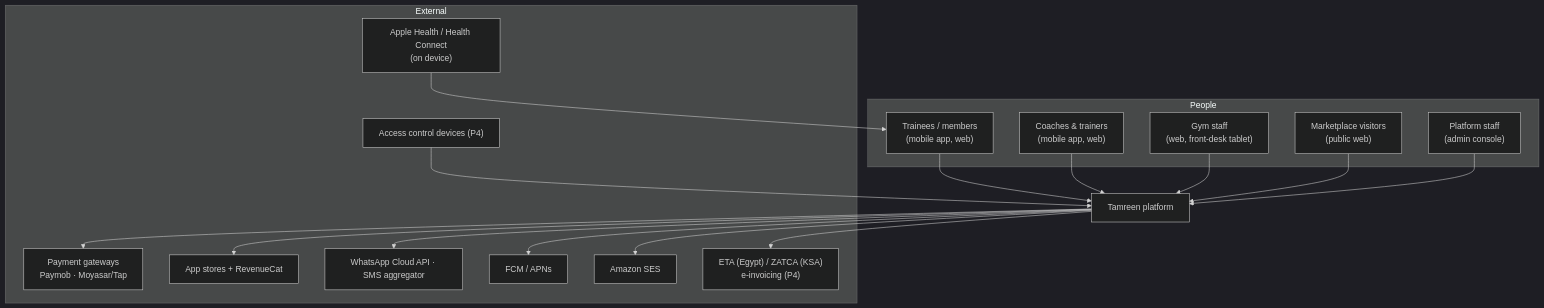
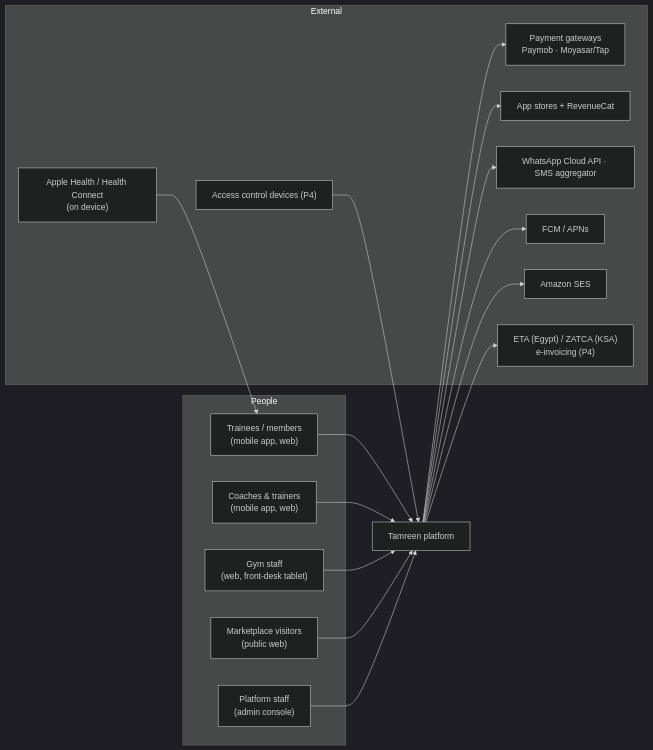
Before and after one commit to abdo-shrief270/muhasebi-egypt: the fourth of 23 diagrams in docs/fitness-platform/TECHNICAL_SYSTEM_ARCHITECTURE.md, drawn with Mermaid (dark theme). The commit also changed other lines of this file and 7 other files, not shown here.

````diff
--- a/docs/fitness-platform/TECHNICAL_SYSTEM_ARCHITECTURE.md
+++ b/docs/fitness-platform/TECHNICAL_SYSTEM_ARCHITECTURE.md
@@ -490,34 +484,34 @@
 ```mermaid
-flowchart TB
+flowchart LR
     subgraph People
         TR["Trainees / members<br/>(mobile app, web)"]
         CO["Coaches & trainers<br/>(mobile app, web)"]
         GS["Gym staff<br/>(web, front-desk tablet)"]
         VI["Marketplace visitors<br/>(public web)"]
         AD["Platform staff<br/>(admin console)"]
     end
     T["Tamreen platform"]
     subgraph External
         PG1["Payment gateways<br/>Paymob · Moyasar/Tap"]
         ST["App stores + RevenueCat"]
         MSG["WhatsApp Cloud API · SMS aggregator"]
         PUSH["FCM / APNs"]
         MAIL["Amazon SES"]
         HL["Apple Health / Health Connect<br/>(on device)"]
         TAX["ETA (Egypt) / ZATCA (KSA)<br/>e-invoicing (P4)"]
         HW["Access control devices (P4)"]
     end
     TR --> T
     CO --> T
     GS --> T
     VI --> T
     AD --> T
     T --> PG1
     T --> ST
     T --> MSG
     T --> PUSH
     T --> MAIL
     HL --> TR
     T --> TAX
     HW --> T
 ```
````
